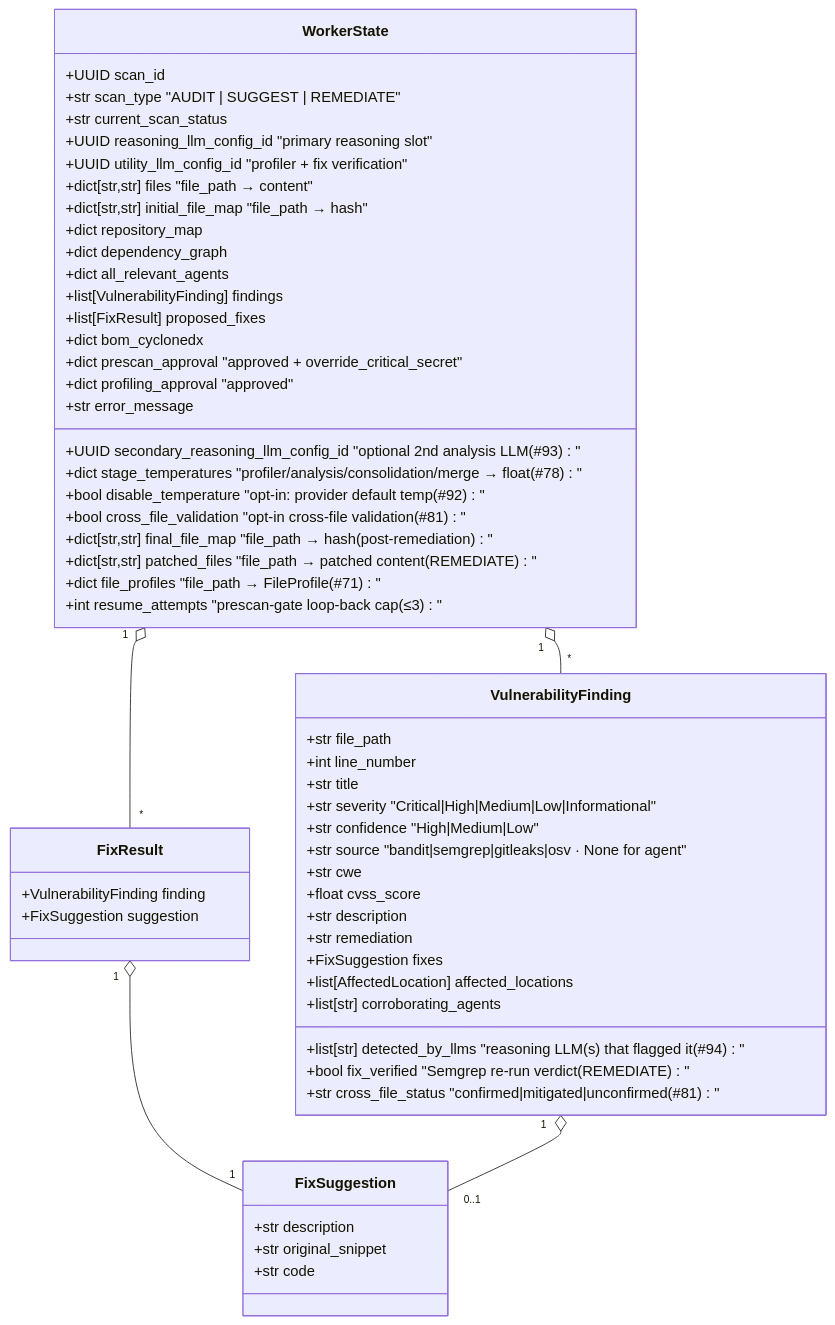
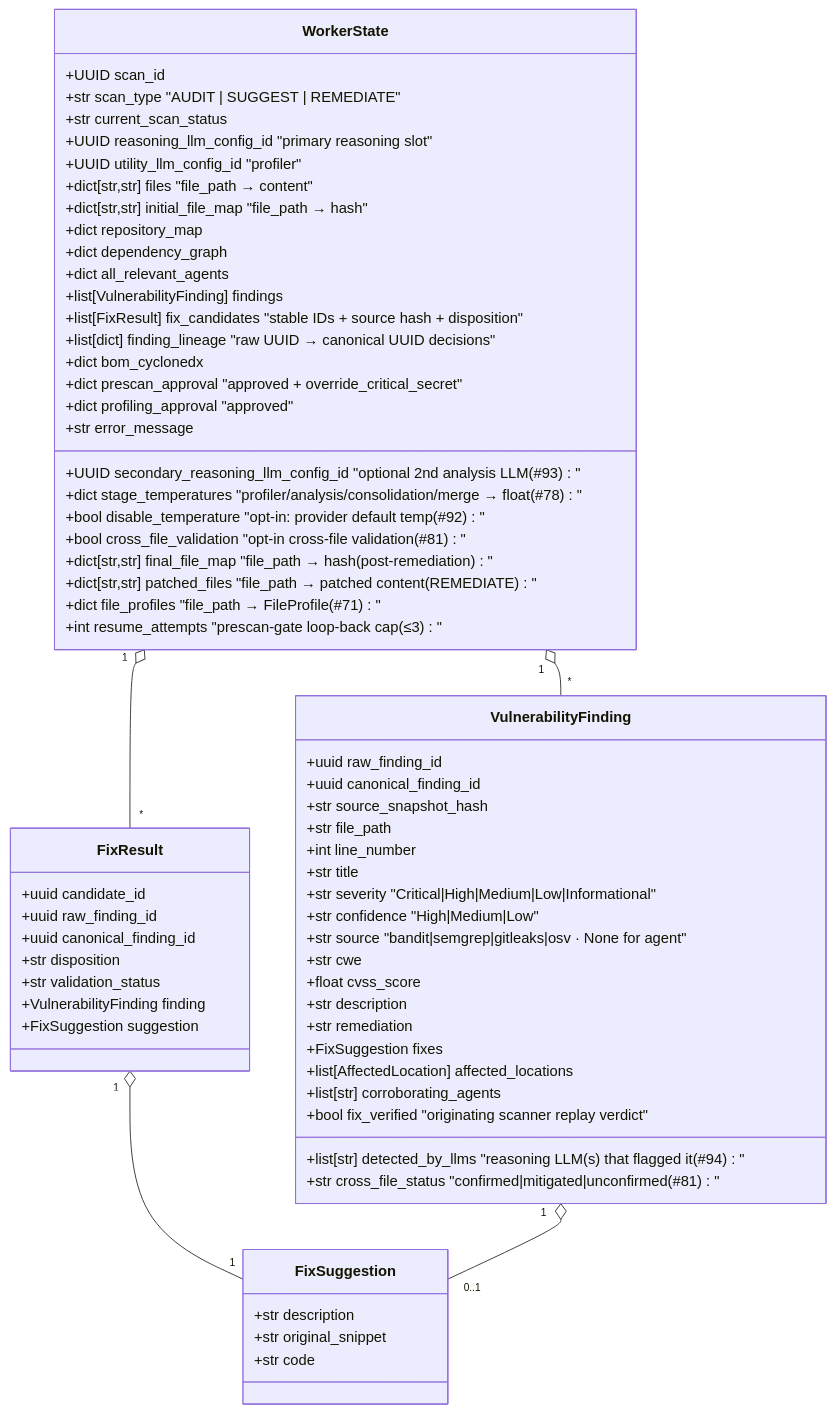
Before and after one commit to nerdy-krishna/ai-secure-coding-compliance-platform: the third of 3 diagrams in docs/docs/architecture/diagrams/14-langgraph-worker.md, drawn with Mermaid. The commit also changed other lines of this file and 405 other files, not shown here.

````diff
--- a/docs/docs/architecture/diagrams/14-langgraph-worker.md
+++ b/docs/docs/architecture/diagrams/14-langgraph-worker.md
@@ -126,60 +126,69 @@
 ```mermaid
 classDiagram
     class WorkerState {
       +UUID scan_id
       +str  scan_type                       "AUDIT | SUGGEST | REMEDIATE"
       +str  current_scan_status
       +UUID reasoning_llm_config_id          "primary reasoning slot"
       +UUID secondary_reasoning_llm_config_id "optional 2nd analysis LLM (#93)"
-      +UUID utility_llm_config_id            "profiler + fix verification"
+      +UUID utility_llm_config_id            "profiler"
       +dict stage_temperatures               "profiler/analysis/consolidation/merge → float (#78)"
       +bool disable_temperature              "opt-in: provider default temp (#92)"
       +bool cross_file_validation            "opt-in cross-file validation (#81)"
       +dict[str,str] files                   "file_path → content"
       +dict[str,str] initial_file_map        "file_path → hash"
       +dict[str,str] final_file_map          "file_path → hash (post-remediation)"
       +dict[str,str] patched_files           "file_path → patched content (REMEDIATE)"
       +dict repository_map
       +dict dependency_graph
       +dict file_profiles                    "file_path → FileProfile (#71)"
       +dict all_relevant_agents
       +list[VulnerabilityFinding] findings
-      +list[FixResult] proposed_fixes
+      +list[FixResult] fix_candidates        "stable IDs + source hash + disposition"
+      +list[dict] finding_lineage            "raw UUID → canonical UUID decisions"
       +dict bom_cyclonedx
       +dict prescan_approval                 "approved + override_critical_secret"
       +dict profiling_approval               "approved"
       +int  resume_attempts                  "prescan-gate loop-back cap (≤3)"
       +str  error_message
     }
     class VulnerabilityFinding {
+      +uuid raw_finding_id
+      +uuid canonical_finding_id
+      +str source_snapshot_hash
       +str file_path
       +int line_number
       +str title
       +str severity              "Critical|High|Medium|Low|Informational"
       +str confidence            "High|Medium|Low"
       +str source                "bandit|semgrep|gitleaks|osv · None for agent"
       +str cwe
       +float cvss_score
       +str description
       +str remediation
       +FixSuggestion fixes
       +list[AffectedLocation] affected_locations
       +list[str] corroborating_agents
       +list[str] detected_by_llms          "reasoning LLM(s) that flagged it (#94)"
-      +bool fix_verified                   "Semgrep re-run verdict (REMEDIATE)"
+      +bool fix_verified                   "originating scanner replay verdict"
       +str cross_file_status               "confirmed|mitigated|unconfirmed (#81)"
     }
     class FixResult {
+      +uuid candidate_id
+      +uuid raw_finding_id
+      +uuid canonical_finding_id
+      +str disposition
+      +str validation_status
       +VulnerabilityFinding finding
       +FixSuggestion suggestion
     }
     class FixSuggestion {
       +str description
       +str original_snippet
       +str code
     }
     WorkerState "1" o-- "*" VulnerabilityFinding
     WorkerState "1" o-- "*" FixResult
     FixResult "1" o-- "1" FixSuggestion
     VulnerabilityFinding "1" o-- "0..1" FixSuggestion
 ```
````
